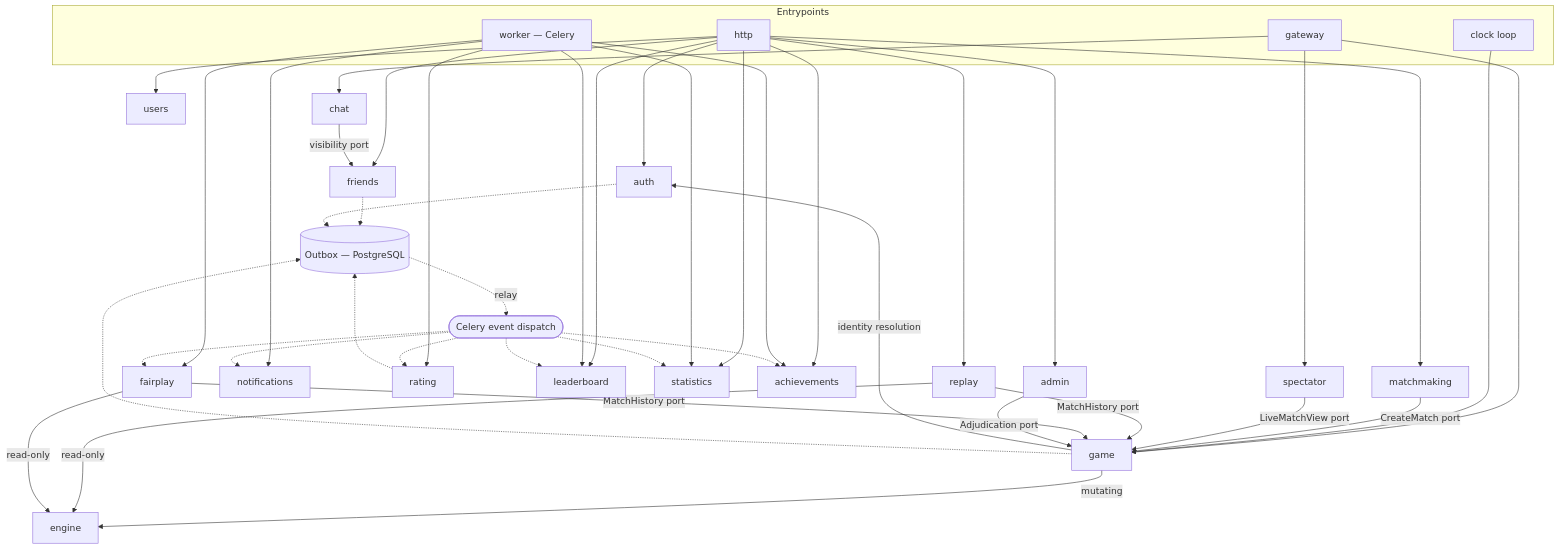
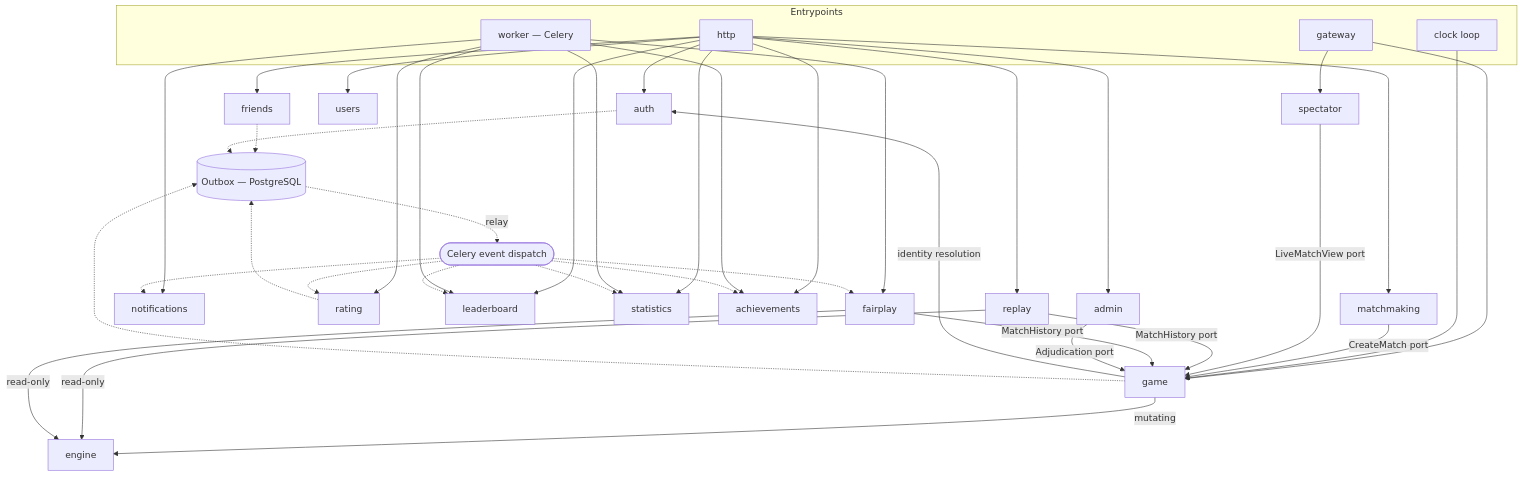
The first of 9 diagrams in docs/03-backend/services.md (shohruh-yuldashov/arena64), drawn with Mermaid before and after one commit. The commit also changed other lines of this file and 12 other files, not shown here.

````diff
--- a/docs/03-backend/services.md
+++ b/docs/03-backend/services.md
@@ -190,71 +189,68 @@
 ```mermaid
 flowchart TB
     subgraph entry["Entrypoints"]
         HTTP["http"]
         GW["gateway"]
         CEL["worker — Celery"]
         CLK["clock loop"]
     end
 
     ENGINE["engine"]
     GAME["game"]
     MM["matchmaking"]
     SPEC["spectator"]
     AUTH["auth"]
     USERS["users"]
     FRIENDS["friends"]
-    CHAT["chat"]
     NOTIF["notifications"]
     RATE["rating"]
     LEAD["leaderboard"]
     STAT["statistics"]
     ACH["achievements"]
     REP["replay"]
     FAIR["fairplay"]
     ADMIN["admin"]
     OUT[("Outbox — PostgreSQL")]
     BUS(["Celery event dispatch"])
 
     HTTP --> AUTH
     HTTP --> USERS
     HTTP --> FRIENDS
     HTTP --> MM
     HTTP --> LEAD
     HTTP --> STAT
     HTTP --> ACH
     HTTP --> REP
     HTTP --> ADMIN
     GW --> GAME
-    GW --> CHAT
     GW --> SPEC
     CLK --> GAME
     CEL --> RATE
     CEL --> STAT
     CEL --> ACH
     CEL --> LEAD
     CEL --> NOTIF
     CEL --> FAIR
 
     GAME -->|"mutating"| ENGINE
     REP -->|"read-only"| ENGINE
     FAIR -->|"read-only"| ENGINE
     MM -->|"CreateMatch port"| GAME
     SPEC -->|"LiveMatchView port"| GAME
     REP -->|"MatchHistory port"| GAME
     FAIR -->|"MatchHistory port"| GAME
     ADMIN -->|"Adjudication port"| GAME
     GAME -->|"identity resolution"| AUTH
-    CHAT -->|"visibility port"| FRIENDS
 
     GAME -.-> OUT
     FRIENDS -.-> OUT
     AUTH -.-> OUT
     RATE -.-> OUT
     OUT -.->|"relay"| BUS
     BUS -.-> RATE
     BUS -.-> STAT
     BUS -.-> ACH
     BUS -.-> LEAD
     BUS -.-> NOTIF
     BUS -.-> FAIR
 ```
````
